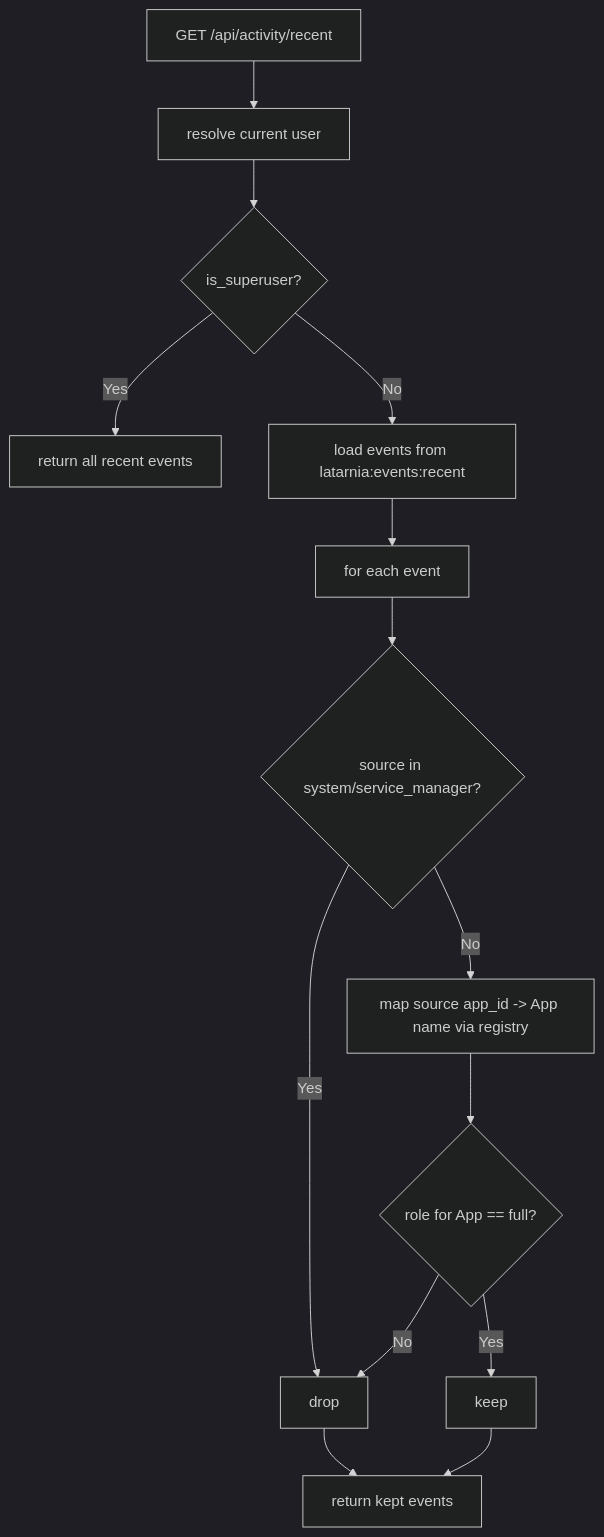
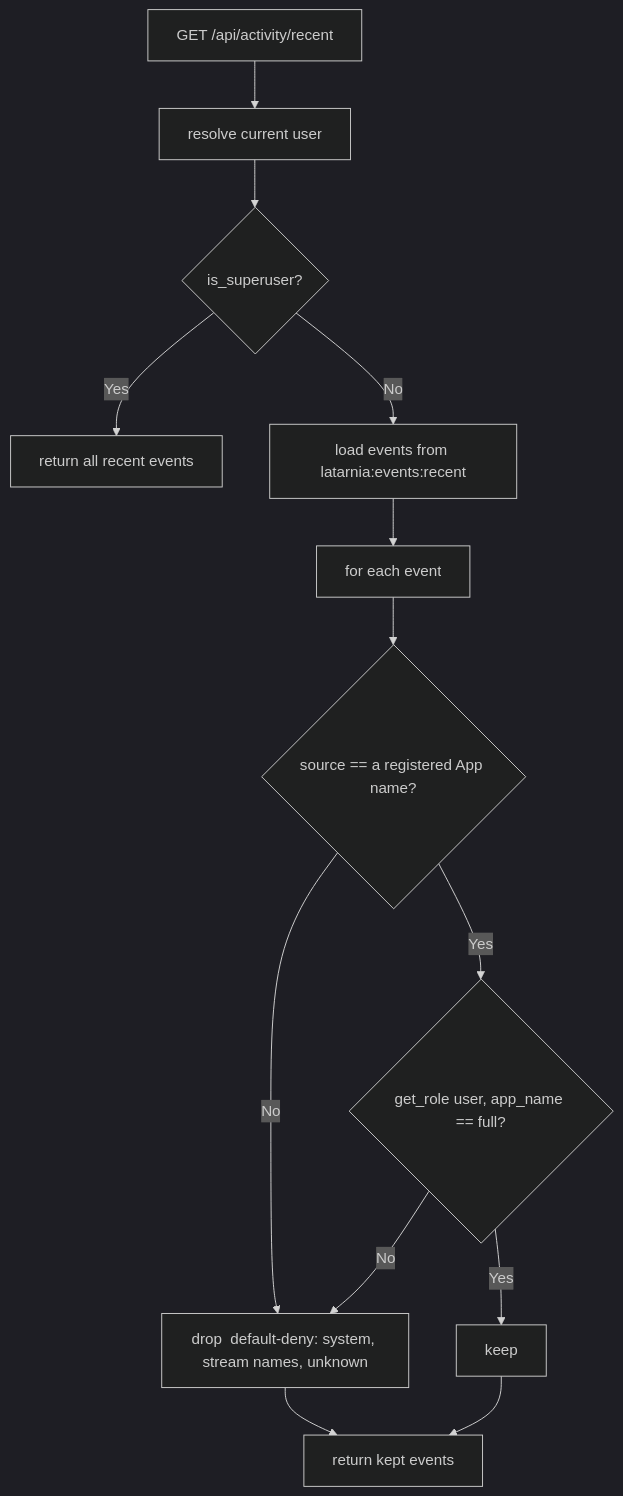
The fourth of 7 diagrams in docs/Projects/P-0010/workflows.md (felipe-stanham/Latarnia), drawn with Mermaid (dark theme) before and after one commit. The commit also changed other lines of this file and 9 other files, not shown here.

````diff
--- a/docs/Projects/P-0010/workflows.md
+++ b/docs/Projects/P-0010/workflows.md
@@ -64,16 +68,15 @@
 ```mermaid
 flowchart TD
     A[GET /api/activity/recent] --> B[resolve current user]
     B --> C{is_superuser?}
     C -- Yes --> Z[return all recent events]
     C -- No --> D[load events from latarnia:events:recent]
     D --> E[for each event]
-    E --> F{source in system/service_manager?}
-    F -- Yes --> X[drop]
-    F -- No --> G[map source app_id -> App name via registry]
-    G --> H{role for App == full?}
+    E --> F{source == a registered App name?}
+    F -- No --> X[drop  default-deny: system, stream names, unknown]
+    F -- Yes --> H{get_role user, app_name == full?}
     H -- No --> X
     H -- Yes --> K[keep]
     K --> Y[return kept events]
     X --> Y
 ```
````
